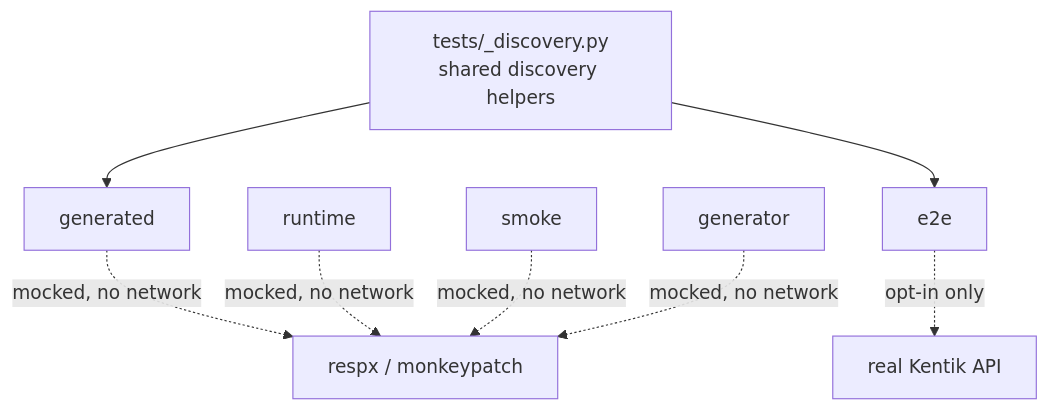
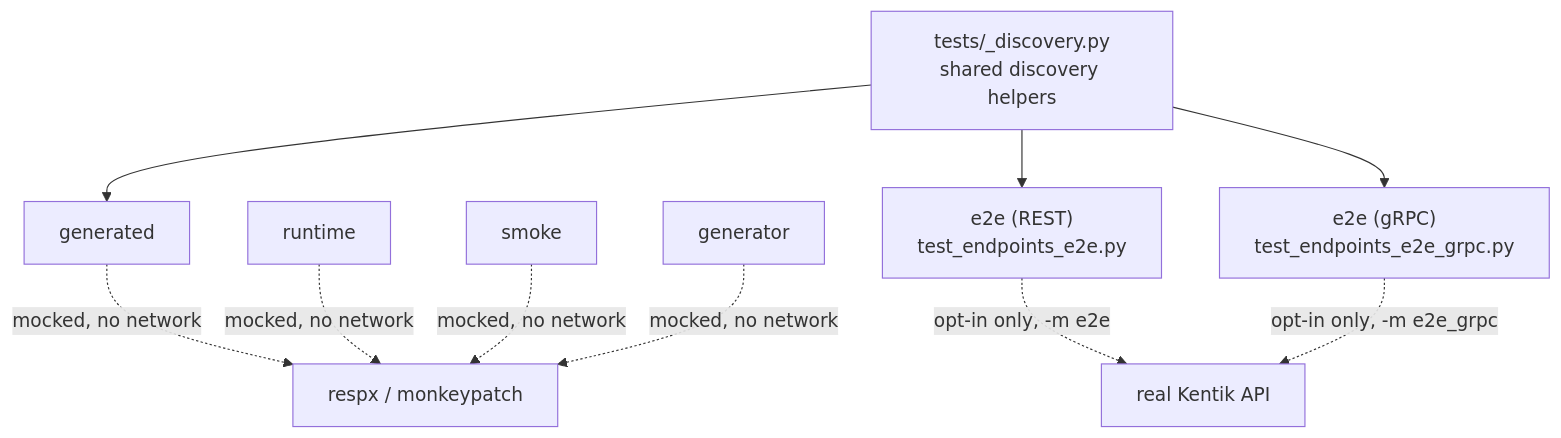
Before and after one commit to alexdearaujo/community_sdk_python: the diagram in tests/README.md, drawn with Mermaid. The commit also changed other lines of this file and 22 other files, not shown here.

````diff
--- a/tests/README.md
+++ b/tests/README.md
@@ -21,12 +21,14 @@
 ```mermaid
 flowchart TD
     D["tests/_discovery.py<br/>shared discovery helpers"]
     D --> G[generated]
-    D --> E[e2e]
+    D --> E1["e2e (REST)<br/>test_endpoints_e2e.py"]
+    D --> E2["e2e (gRPC)<br/>test_endpoints_e2e_grpc.py"]
     G -.mocked, no network.-> M["respx / monkeypatch"]
     R[runtime] -.mocked, no network.-> M
     S[smoke] -.mocked, no network.-> M
     N[generator] -.mocked, no network.-> M
-    E -.opt-in only.-> A["real Kentik API"]
+    E1 -."opt-in only, -m e2e".-> A["real Kentik API"]
+    E2 -."opt-in only, -m e2e_grpc".-> A
 
 ```
````
